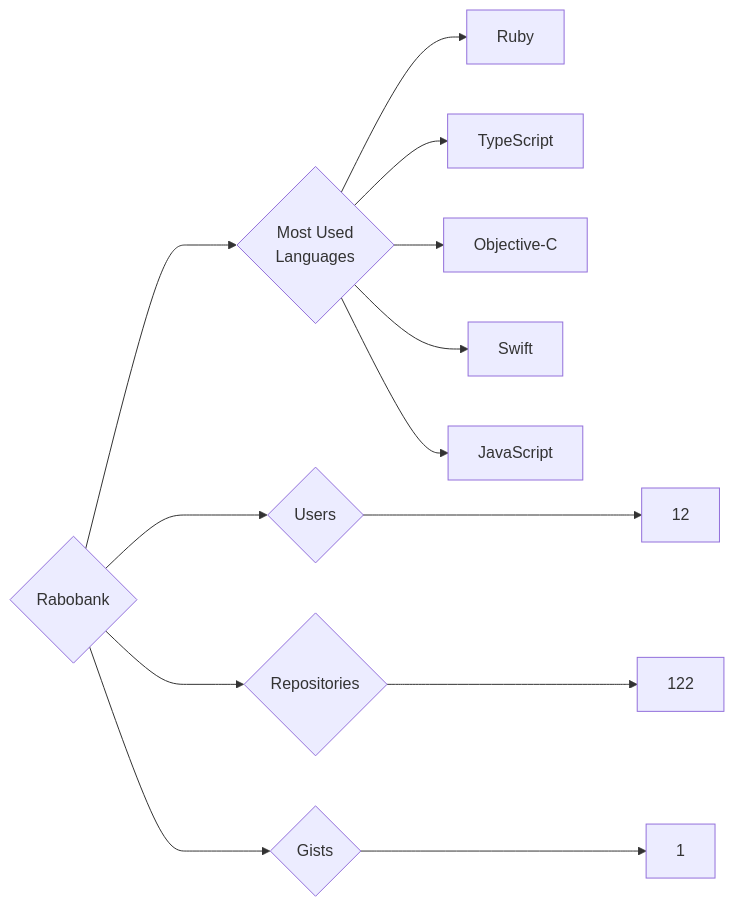
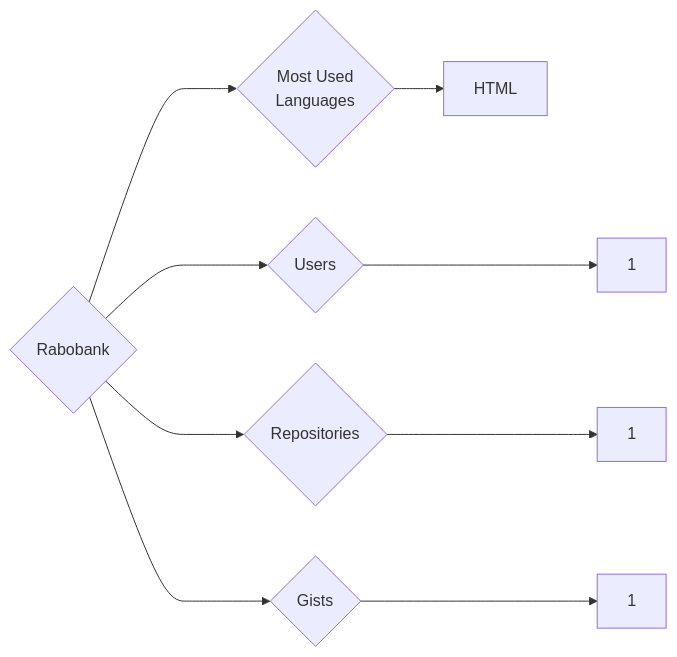
The diagram in targets/Rabobank/README.md (trickest/insiders), drawn with Mermaid before and after one commit. The commit also changed 928 other files, not shown here.

````diff
--- a/targets/Rabobank/README.md
+++ b/targets/Rabobank/README.md
@@ -3,13 +3,9 @@
 ```mermaid
 graph LR
 COMPANY_NAME{Rabobank}
-COMPANY_NAME ---> U{Users} ---> UN[12]
-COMPANY_NAME ---> R{Repositories} ---> RN[122]
+COMPANY_NAME ---> U{Users} ---> UN[1]
+COMPANY_NAME ---> R{Repositories} ---> RN[1]
 COMPANY_NAME ---> G{Gists} ---> GN[1]
 COMPANY_NAME ---> ML{Most Used<br>Languages}
-ML --> Ruby[Ruby]
-ML --> TypeScript[TypeScript]
-ML --> Objective-C[Objective-C]
-ML --> Swift[Swift]
-ML --> JavaScript[JavaScript]
+ML --> HTML[HTML]
 ```
````
